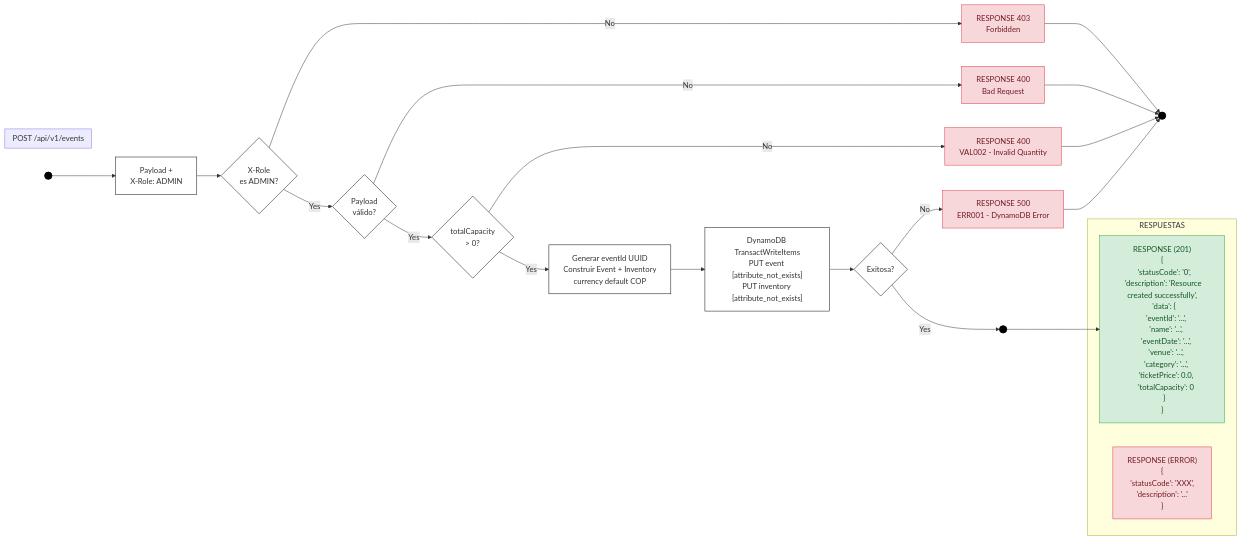
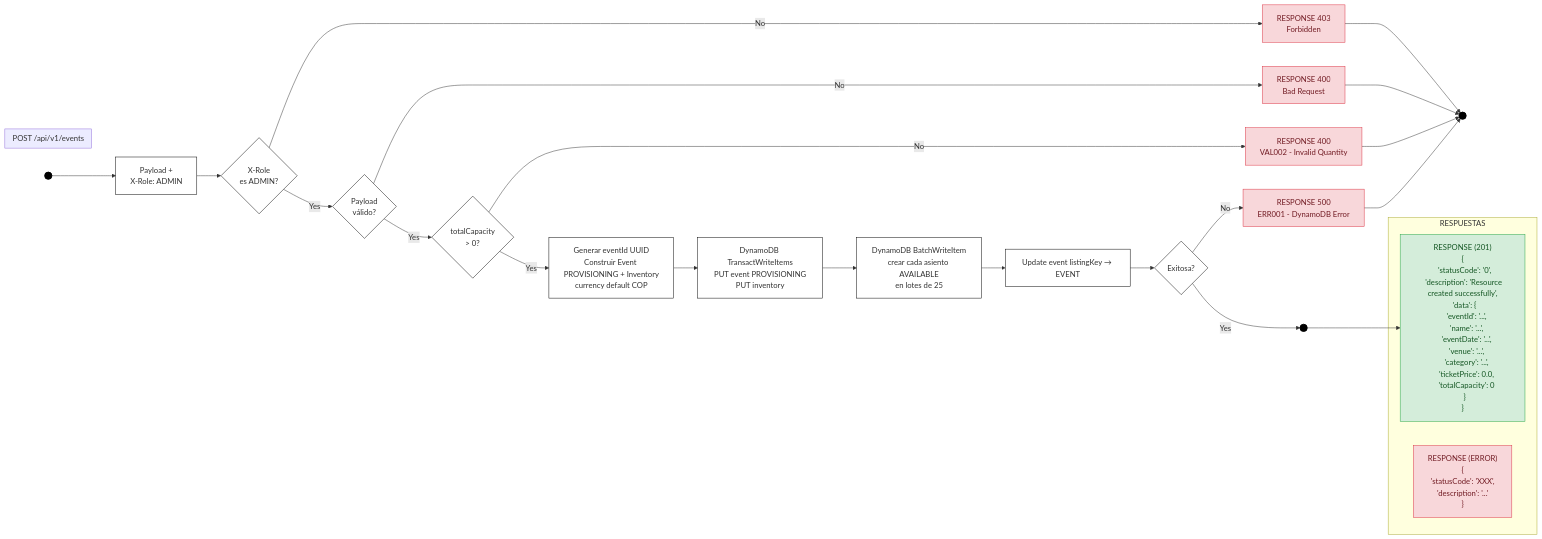
One commit to EstebanRCarmona/ticketing-Nequi changed the diagram in docs/diagramas-flujo/mermaid/01-post-events.md. Above: the diagram before and after it, drawn with Mermaid. The commit also changed 29 other files, not shown here.

Commit message:
docs: update ticketing flows and architecture

````diff
--- a/docs/diagramas-flujo/mermaid/01-post-events.md
+++ b/docs/diagramas-flujo/mermaid/01-post-events.md
@@ -1,47 +1,49 @@
 ```mermaid
 graph LR
     classDef start_end fill:#000,stroke:#000,color:#fff,stroke-width:2px;
     classDef process fill:#fff,stroke:#000,stroke-width:1px;
     classDef decision fill:#fff,stroke:#000,stroke-width:1px;
     classDef success fill:#d4edda,stroke:#28a745,stroke-width:1px,color:#155724;
     classDef error fill:#f8d7da,stroke:#dc3545,stroke-width:1px,color:#721c24;
 
     subgraph Header ["POST /api/v1/events"]
         direction LR
     end
 
     Start(( )) --> Payload[Payload +<br/>X-Role: ADMIN]
     Payload --> ValidaRol{X-Role<br/>es ADMIN?}
 
     ValidaRol -- No --> R403[RESPONSE 403<br/>Forbidden]
     ValidaRol -- Yes --> ValidaPayload{Payload<br/>válido?}
 
     ValidaPayload -- No --> R400[RESPONSE 400<br/>Bad Request]
     ValidaPayload -- Yes --> ValidaCapacidad{totalCapacity<br/>> 0?}
 
     ValidaCapacidad -- No --> R400b[RESPONSE 400<br/>VAL002 - Invalid Quantity]
-    ValidaCapacidad -- Yes --> GenID[Generar eventId UUID<br/>Construir Event + Inventory<br/>currency default COP]
+    ValidaCapacidad -- Yes --> GenID[Generar eventId UUID<br/>Construir Event PROVISIONING + Inventory<br/>currency default COP]
 
-    GenID --> Transaccion["DynamoDB TransactWriteItems<br/>PUT event [attribute_not_exists]<br/>PUT inventory [attribute_not_exists]"]
+    GenID --> Transaccion["DynamoDB TransactWriteItems<br/>PUT event PROVISIONING<br/>PUT inventory"]
 
-    Transaccion --> Exitosa{Exitosa?}
+    Transaccion --> ProvisionarAsientos["DynamoDB BatchWriteItem<br/>crear cada asiento AVAILABLE<br/>en lotes de 25"]
+    ProvisionarAsientos --> ActivarEvento["Update event listingKey → EVENT"]
+    ActivarEvento --> Exitosa{Exitosa?}
     Exitosa -- No --> R500[RESPONSE 500<br/>ERR001 - DynamoDB Error]
     Exitosa -- Yes --> SuccessNode(( ))
     SuccessNode --> R201
 
     subgraph RESPONSES ["RESPUESTAS"]
         R201["RESPONSE (201)<br/>{<br/>  'statusCode': '0',<br/>  'description': 'Resource created successfully',<br/>  'data': {<br/>    'eventId': '...',<br/>    'name': '...',<br/>    'eventDate': '...',<br/>    'venue': '...',<br/>    'category': '...',<br/>    'ticketPrice': 0.0,<br/>    'totalCapacity': 0<br/>  }<br/>}"]
         R_ERR["RESPONSE (ERROR)<br/>{<br/>  'statusCode': 'XXX',<br/>  'description': '...'<br/>}"]
     end
 
     R400 --> EndNode(( ))
     R400b --> EndNode
     R403 --> EndNode
     R500 --> EndNode
 
     class Start,SuccessNode,EndNode start_end;
-    class Payload,GenID,Transaccion process;
+    class Payload,GenID,Transaccion,ProvisionarAsientos,ActivarEvento process;
     class ValidaRol,ValidaPayload,ValidaCapacidad,Exitosa decision;
     class R201 success;
     class R400,R400b,R403,R500,R_ERR error;
 ```
````
